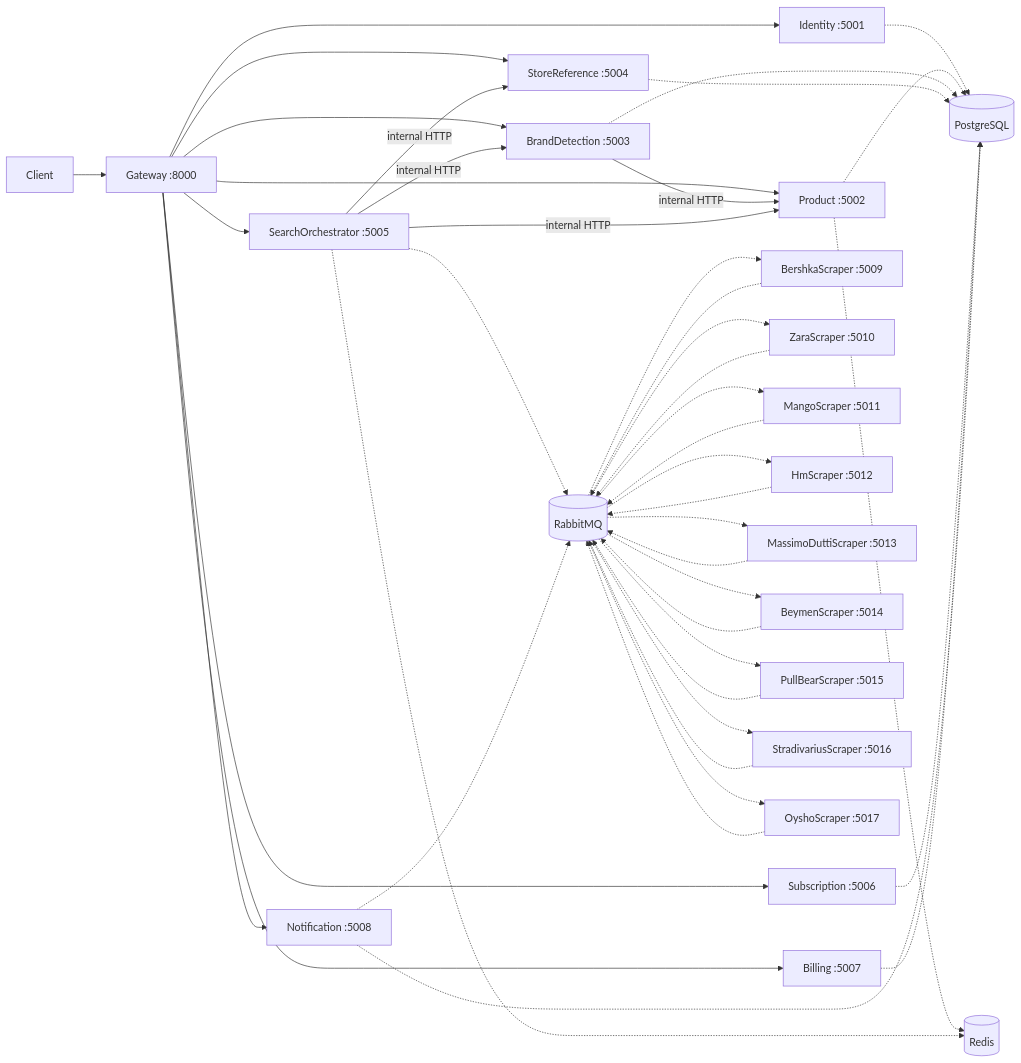
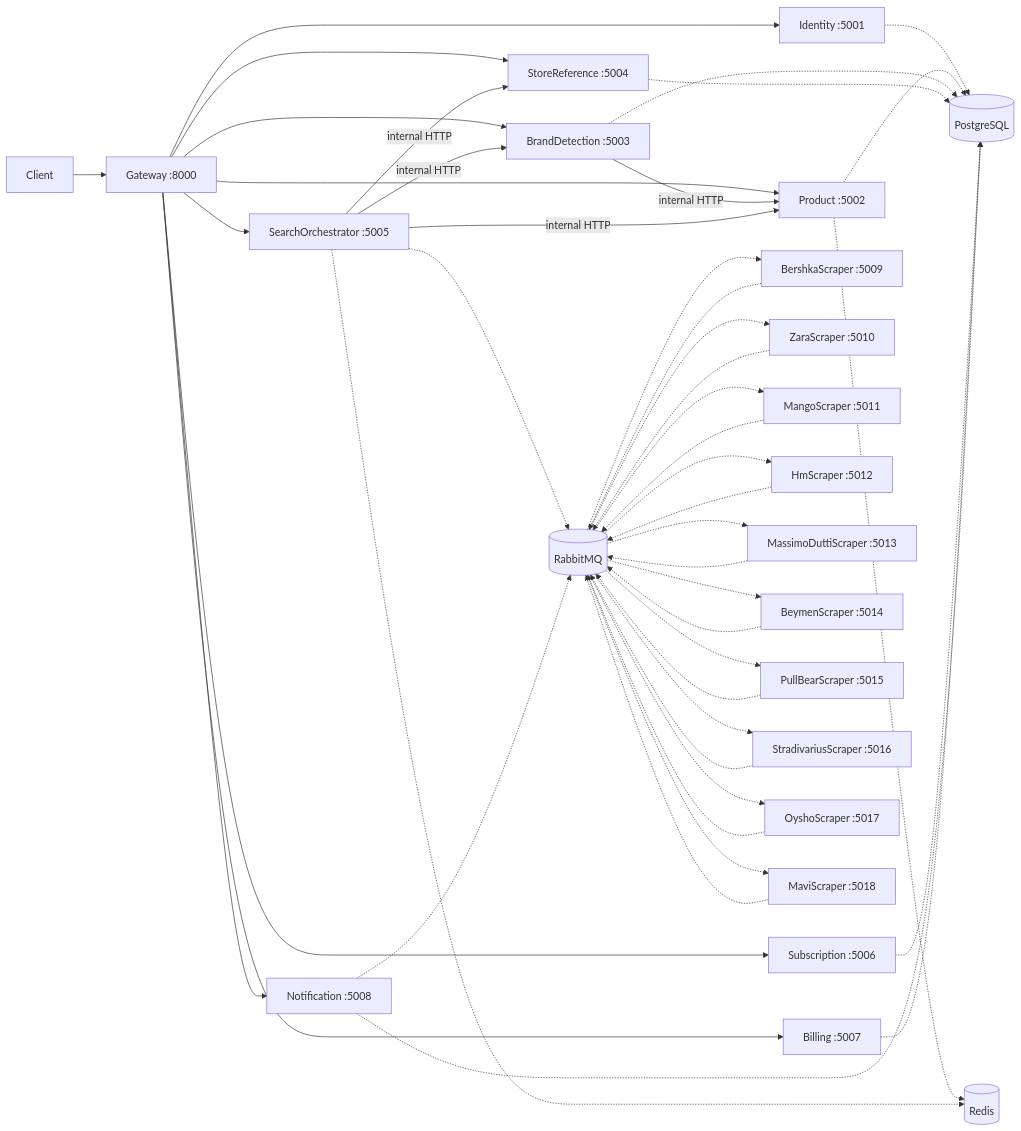
Before and after one commit to hnbirsen/StockTracker: the diagram in README.md, drawn with Mermaid. The commit also changed other lines of this file and 31 other files, not shown here.

````diff
--- a/README.md
+++ b/README.md
@@ -25,49 +25,51 @@
 ```mermaid
 flowchart LR
     Client[Client] --> Gateway[Gateway :8000]
 
     Gateway --> Identity[Identity :5001]
     Gateway --> Product[Product :5002]
     Gateway --> Brand[BrandDetection :5003]
     Gateway --> Store[StoreReference :5004]
     Gateway --> Search[SearchOrchestrator :5005]
     Gateway --> Subscription[Subscription :5006]
     Gateway --> Billing[Billing :5007]
     Gateway --> Notification[Notification :5008]
 
     Brand -->|internal HTTP| Product
     Search -->|internal HTTP| Product
     Search -->|internal HTTP| Brand
     Search -->|internal HTTP| Store
 
     Identity -.-> PG[(PostgreSQL)]
     Product -.-> PG
     Brand -.-> PG
     Store -.-> PG
     Subscription -.-> PG
     Billing -.-> PG
     Notification -.-> PG
 
     Product -.-> Redis[(Redis)]
     Search -.-> Redis
     Search -.-> MQ[(RabbitMQ)]
     Notification -.-> MQ
     MQ -.-> Scraper[BershkaScraper :5009]
     Scraper -.-> MQ
     MQ -.-> ZaraScraper[ZaraScraper :5010]
     ZaraScraper -.-> MQ
     MQ -.-> MangoScraper[MangoScraper :5011]
     MangoScraper -.-> MQ
     MQ -.-> HmScraper[HmScraper :5012]
     HmScraper -.-> MQ
     MQ -.-> MassimoDuttiScraper[MassimoDuttiScraper :5013]
     MassimoDuttiScraper -.-> MQ
     MQ -.-> BeymenScraper[BeymenScraper :5014]
     BeymenScraper -.-> MQ
     MQ -.-> PullBearScraper[PullBearScraper :5015]
     PullBearScraper -.-> MQ
     MQ -.-> StradivariusScraper[StradivariusScraper :5016]
     StradivariusScraper -.-> MQ
     MQ -.-> OyshoScraper[OyshoScraper :5017]
     OyshoScraper -.-> MQ
+    MQ -.-> MaviScraper[MaviScraper :5018]
+    MaviScraper -.-> MQ
 ```
````
